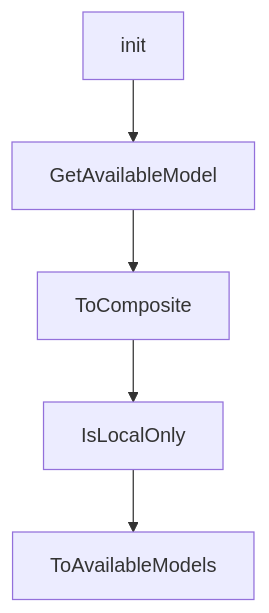
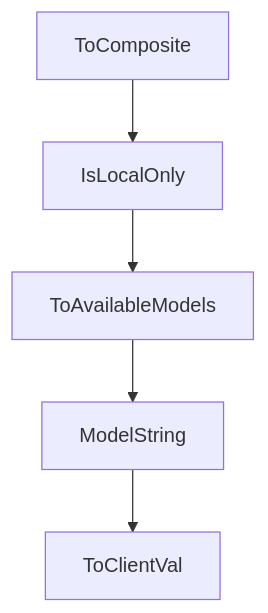
Before and after one commit to johnxie/awesome-code-docs: the diagram in tutorials/plandex-tutorial/01-getting-started.md, drawn with Mermaid. The commit also changed other lines of this file and 1232 other files, not shown here.

````diff
--- a/tutorials/plandex-tutorial/01-getting-started.md
+++ b/tutorials/plandex-tutorial/01-getting-started.md
@@ -193,12 +208,12 @@
 ```mermaid
 flowchart TD
-    A[init]
-    B[GetAvailableModel]
-    C[ToComposite]
-    D[IsLocalOnly]
-    E[ToAvailableModels]
+    A[ToComposite]
+    B[IsLocalOnly]
+    C[ToAvailableModels]
+    D[ModelString]
+    E[ToClientVal]
     A --> B
     B --> C
     C --> D
     D --> E
 ```
````
